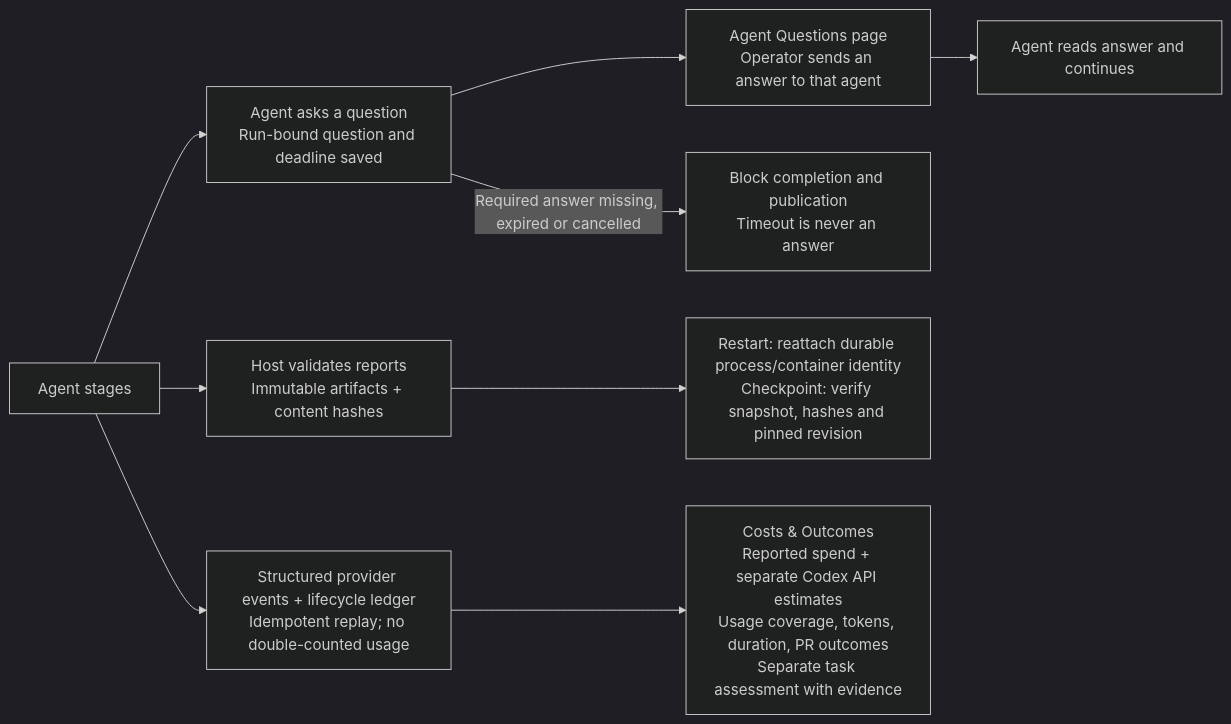
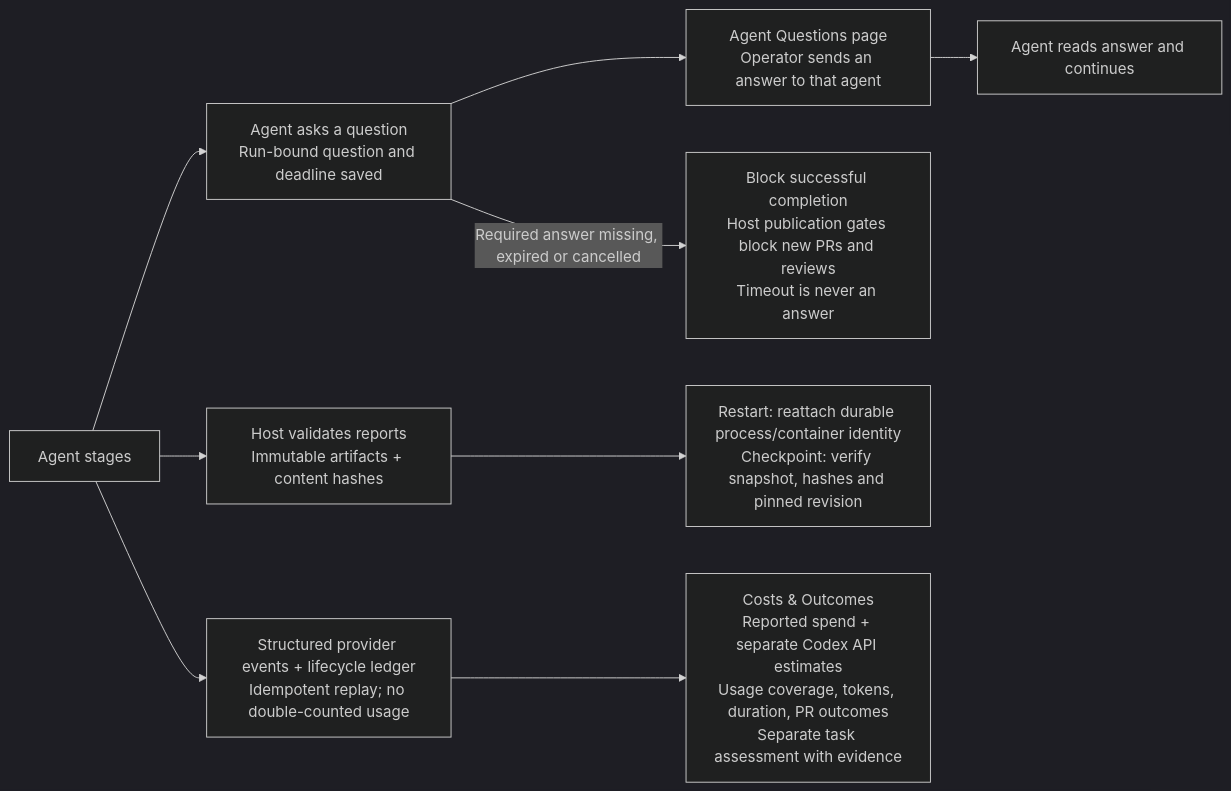
Before and after one commit to nathanloehlein/helmsman-og: the fourth of 4 diagrams in docs/helmsman-process.md, drawn with Mermaid (dark theme). The commit also changed other lines of this file and 2 other files, not shown here.

Commit message:
Update 0.3.0 README and workflow diagrams

````diff
--- a/docs/helmsman-process.md
+++ b/docs/helmsman-process.md
@@ -63,11 +80,11 @@
 ```mermaid
 flowchart LR
     Stage[Agent stages] --> Question[Agent asks a question<br/>Run-bound question and deadline saved]
     Question --> Human[Agent Questions page<br/>Operator sends an answer to that agent]
     Human --> Continue[Agent reads answer and continues]
-    Question -->|Required answer missing, expired or cancelled| Block[Block completion and publication<br/>Timeout is never an answer]
+    Question -->|Required answer missing, expired or cancelled| Block[Block successful completion<br/>Host publication gates block new PRs and reviews<br/>Timeout is never an answer]
     Stage --> Evidence[Host validates reports<br/>Immutable artifacts + content hashes]
     Evidence --> Recovery[Restart: reattach durable process/container identity<br/>Checkpoint: verify snapshot, hashes and pinned revision]
     Stage --> Usage[Structured provider events + lifecycle ledger<br/>Idempotent replay; no double-counted usage]
     Usage --> Outcomes[Costs & Outcomes<br/>Reported spend + separate Codex API estimates<br/>Usage coverage, tokens, duration, PR outcomes<br/>Separate task assessment with evidence]
 ```
````
